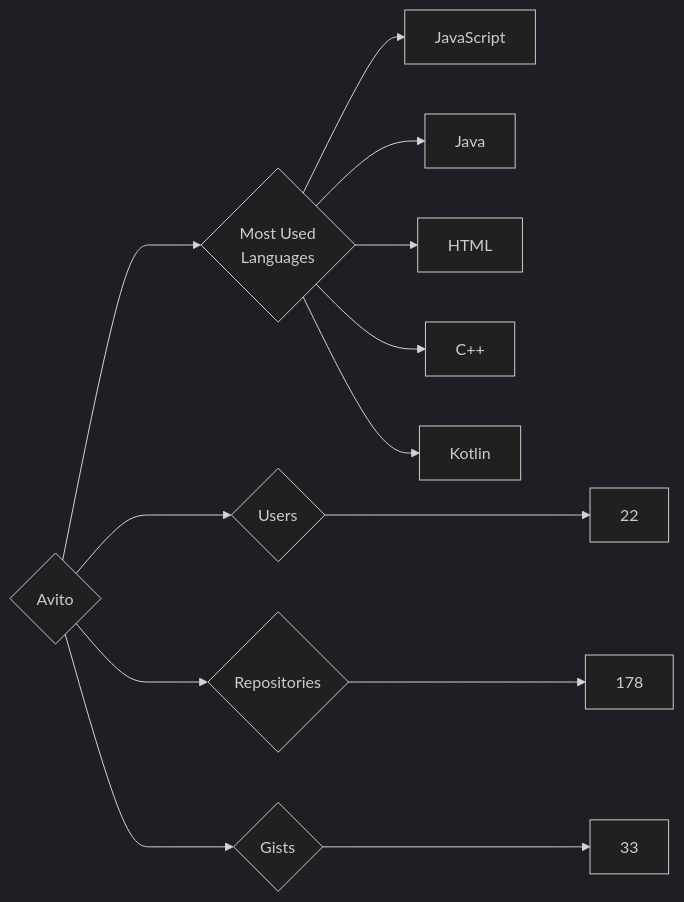
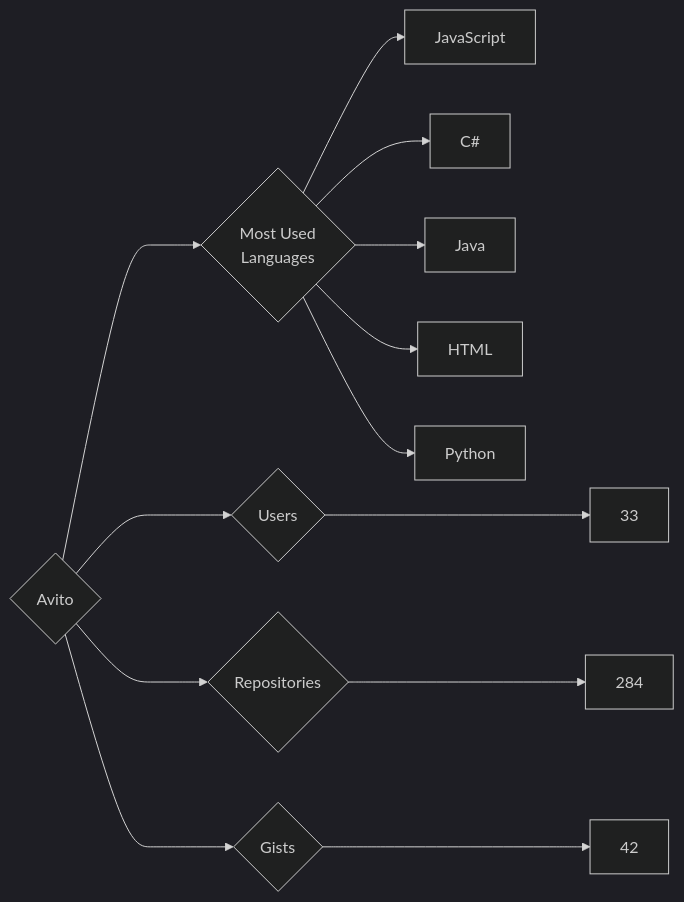
Before and after one commit to trickest/insiders: the diagram in targets/Avito/README.md, drawn with Mermaid (dark theme). The commit also changed 925 other files, not shown here.

````diff
--- a/targets/Avito/README.md
+++ b/targets/Avito/README.md
@@ -3,13 +3,13 @@
 ```mermaid
 graph LR
 COMPANY_NAME{Avito}
-COMPANY_NAME ---> U{Users} ---> UN[22]
-COMPANY_NAME ---> R{Repositories} ---> RN[178]
-COMPANY_NAME ---> G{Gists} ---> GN[33]
+COMPANY_NAME ---> U{Users} ---> UN[33]
+COMPANY_NAME ---> R{Repositories} ---> RN[284]
+COMPANY_NAME ---> G{Gists} ---> GN[42]
 COMPANY_NAME ---> ML{Most Used<br>Languages}
 ML --> JavaScript[JavaScript]
+ML --> C#[C#]
 ML --> Java[Java]
 ML --> HTML[HTML]
-ML --> C++[C++]
-ML --> Kotlin[Kotlin]
+ML --> Python[Python]
 ```
````
